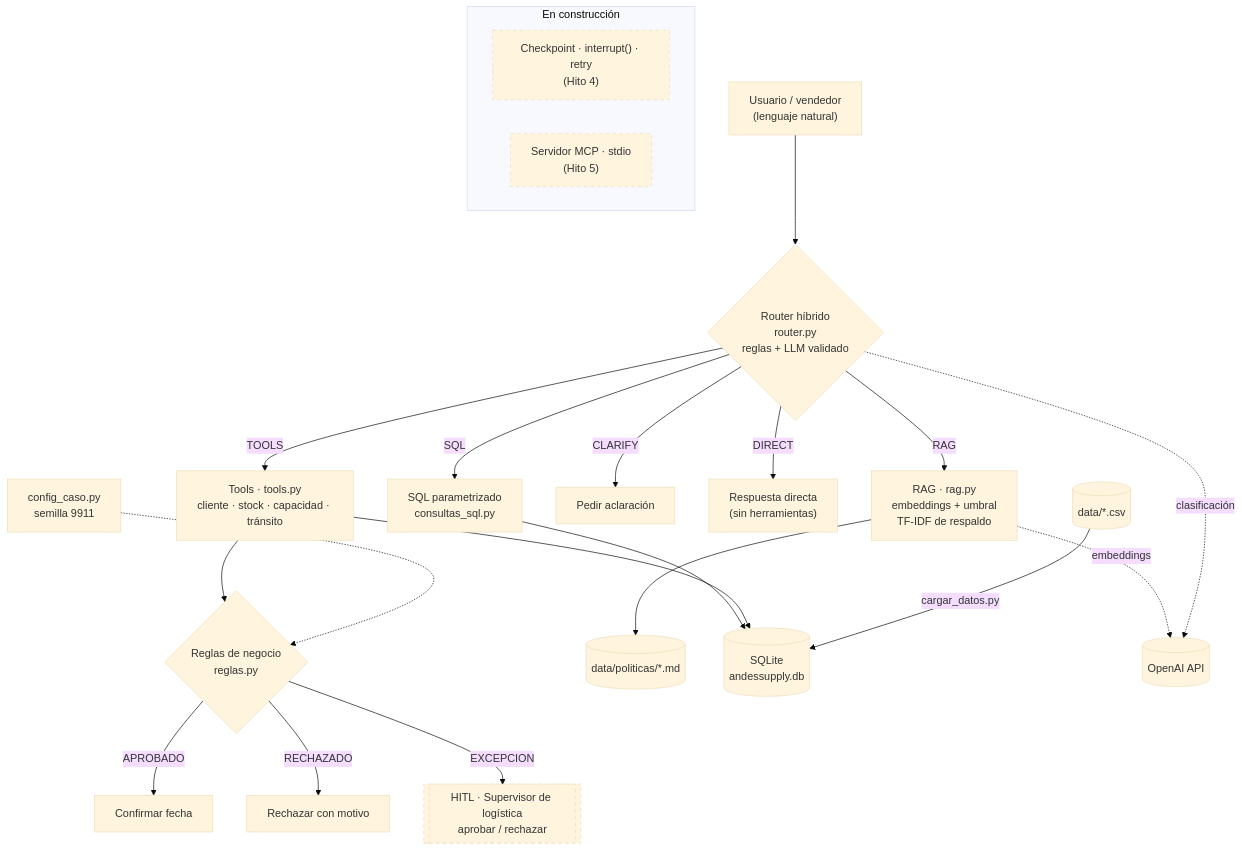
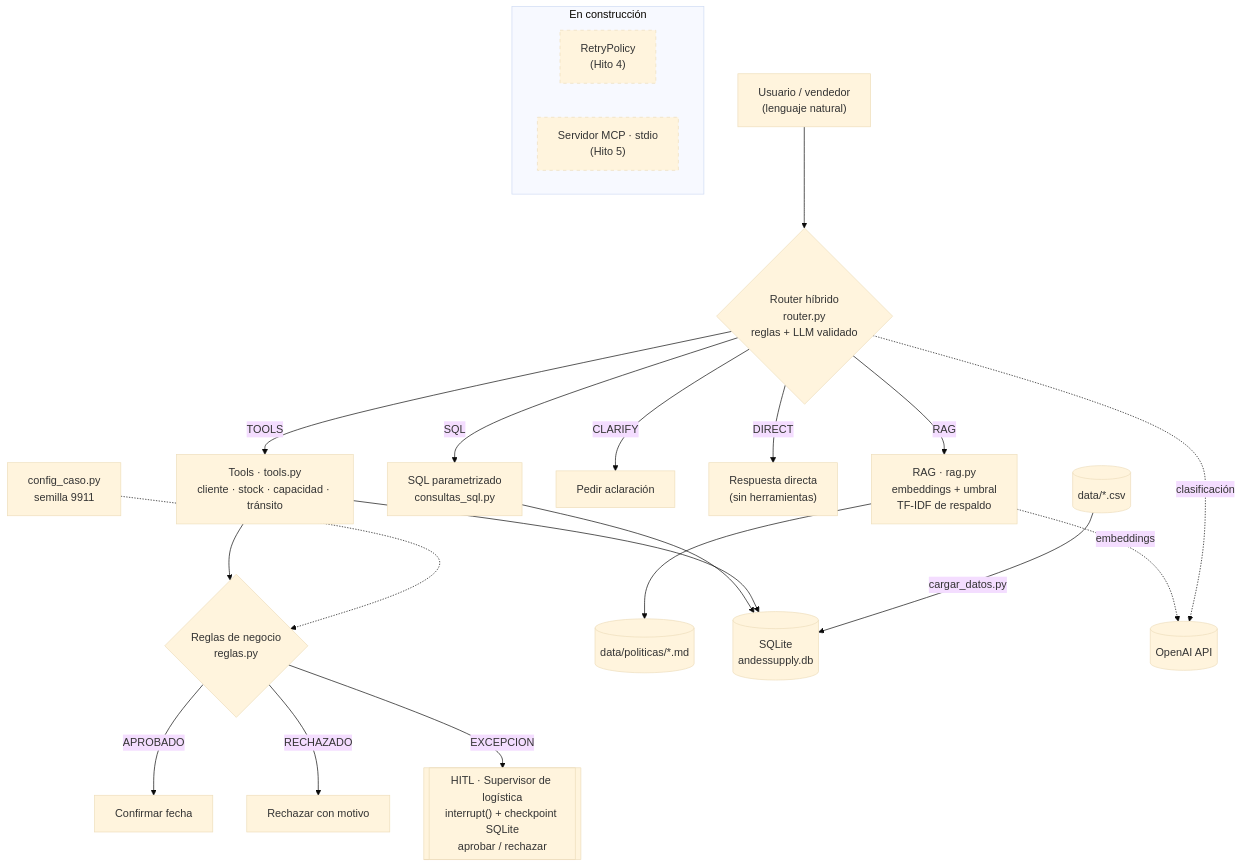
One commit to cesardataviz/romero_cesar_modulo3_dsrp changed the diagram in README.md. Above: the diagram before and after it, drawn with Mermaid (base theme). The commit also changed other lines of this file and 8 other files, not shown here.

Commit message:
LOG-009: Hito 4A - HITL con interrupt, checkpoint SQLite y reanudacion por id_hilo

````diff
--- a/README.md
+++ b/README.md
@@ -13,31 +13,31 @@
 ```mermaid
 flowchart TD
     U["Usuario / vendedor<br/>(lenguaje natural)"] --> R{"Router híbrido<br/>router.py<br/>reglas + LLM validado"}
 
     R -->|RAG| RAG["RAG · rag.py<br/>embeddings + umbral<br/>TF-IDF de respaldo"]
     R -->|SQL| SQL["SQL parametrizado<br/>consultas_sql.py"]
     R -->|TOOLS| T["Tools · tools.py<br/>cliente · stock · capacidad · tránsito"]
     R -->|CLARIFY| C["Pedir aclaración"]
     R -->|DIRECT| D["Respuesta directa<br/>(sin herramientas)"]
 
     T --> RG{"Reglas de negocio<br/>reglas.py"}
     RG -->|APROBADO| OK["Confirmar fecha"]
     RG -->|RECHAZADO| NO["Rechazar con motivo"]
-    RG -->|EXCEPCION| H[["HITL · Supervisor de logística<br/>aprobar / rechazar"]]
+    RG -->|EXCEPCION| H[["HITL · Supervisor de logística<br/>interrupt() + checkpoint SQLite<br/>aprobar / rechazar"]]
 
     RAG --> DOCS[("data/politicas/*.md")]
     SQL --> DB[("SQLite<br/>andessupply.db")]
     T --> DB
     CSV[("data/*.csv")] -->|cargar_datos.py| DB
     CFG["config_caso.py<br/>semilla 9911"] -.-> RG
     RAG -.->|embeddings| OAI[("OpenAI API")]
     R -.->|clasificación| OAI
 
     subgraph PLAN["En construcción"]
-        HI["Checkpoint · interrupt() · retry<br/>(Hito 4)"]
+        HI["RetryPolicy<br/>(Hito 4)"]
         MCP["Servidor MCP · stdio<br/>(Hito 5)"]
     end
 
     classDef pendiente stroke-dasharray: 5 5
-    class H,HI,MCP pendiente
+    class HI,MCP pendiente
 ```
````
